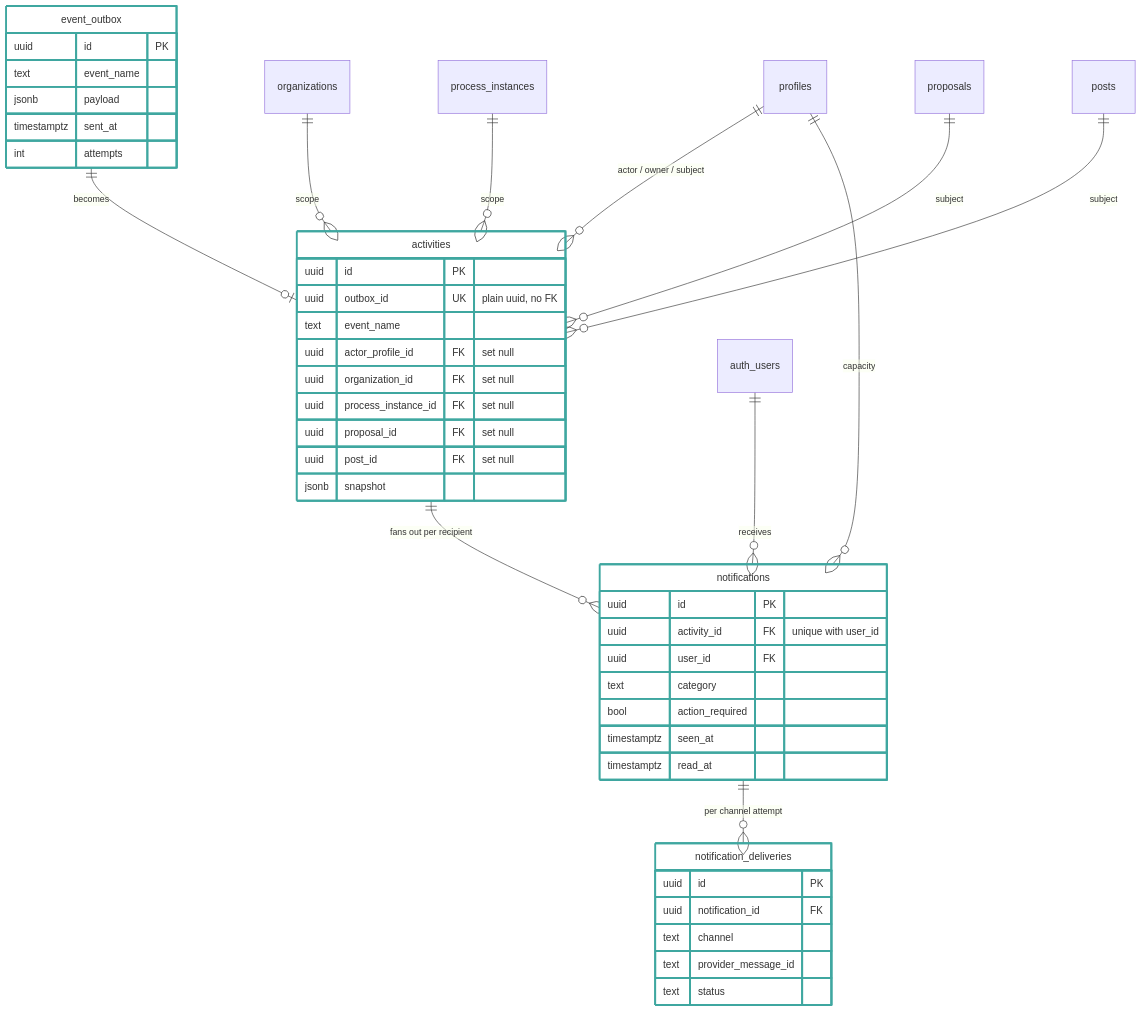
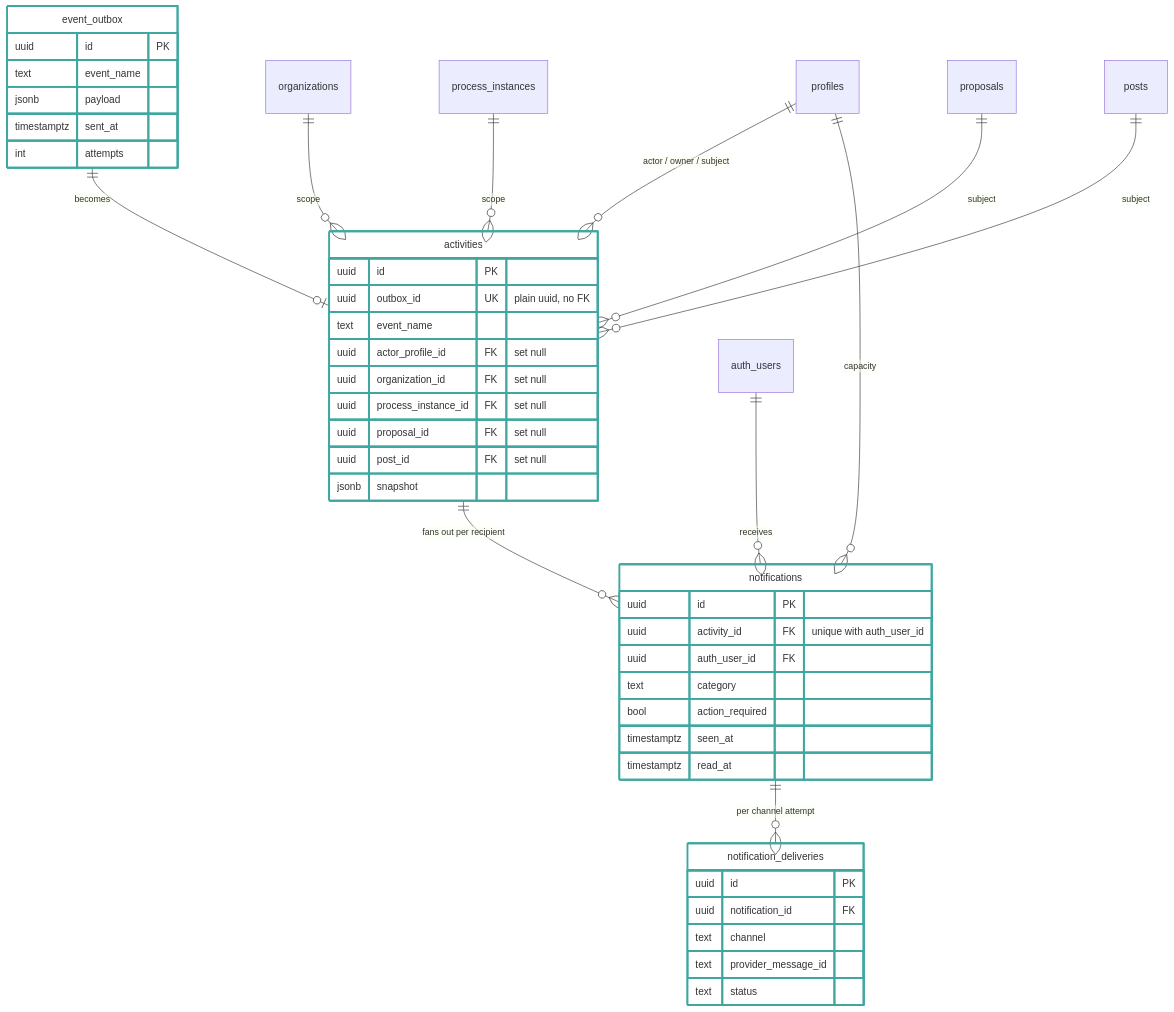
The first of 2 diagrams in docs/adr/0023-store-notifications-behind-a-transactional-outbox.md (oneprojectorg/common), drawn with Mermaid before and after one commit. The commit also changed other lines of this file and 5 other files, not shown here.

First line of the commit message:
refactor(db): apply the schema review feedback

````diff
--- a/docs/adr/0023-store-notifications-behind-a-transactional-outbox.md
+++ b/docs/adr/0023-store-notifications-behind-a-transactional-outbox.md
@@ -57,51 +57,51 @@
 ```mermaid
 erDiagram
   event_outbox {
     uuid id PK
     text event_name
     jsonb payload
     timestamptz sent_at
     int attempts
   }
   activities {
     uuid id PK
     uuid outbox_id UK "plain uuid, no FK"
     text event_name
     uuid actor_profile_id FK "set null"
     uuid organization_id FK "set null"
     uuid process_instance_id FK "set null"
     uuid proposal_id FK "set null"
     uuid post_id FK "set null"
     jsonb snapshot
   }
   notifications {
     uuid id PK
-    uuid activity_id FK "unique with user_id"
-    uuid user_id FK
+    uuid activity_id FK "unique with auth_user_id"
+    uuid auth_user_id FK
     text category
     bool action_required
     timestamptz seen_at
     timestamptz read_at
   }
   notification_deliveries {
     uuid id PK
     uuid notification_id FK
     text channel
     text provider_message_id
     text status
   }
 
   event_outbox ||--o| activities : becomes
   activities ||--o{ notifications : "fans out per recipient"
   notifications ||--o{ notification_deliveries : "per channel attempt"
   profiles ||--o{ activities : "actor / owner / subject"
   organizations ||--o{ activities : scope
   process_instances ||--o{ activities : scope
   proposals ||--o{ activities : subject
   posts ||--o{ activities : subject
   auth_users ||--o{ notifications : receives
   profiles ||--o{ notifications : capacity
 
   classDef newTable fill:none,stroke:#3FA7A0,stroke-width:3px
   class event_outbox,activities,notifications,notification_deliveries newTable
 ```
````
